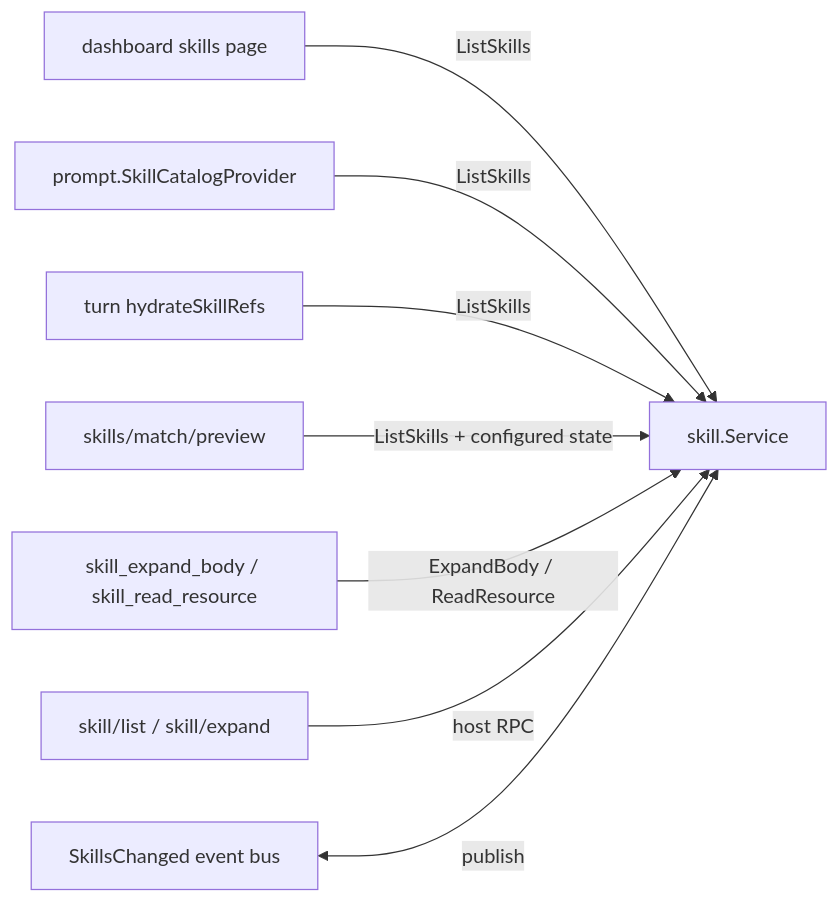
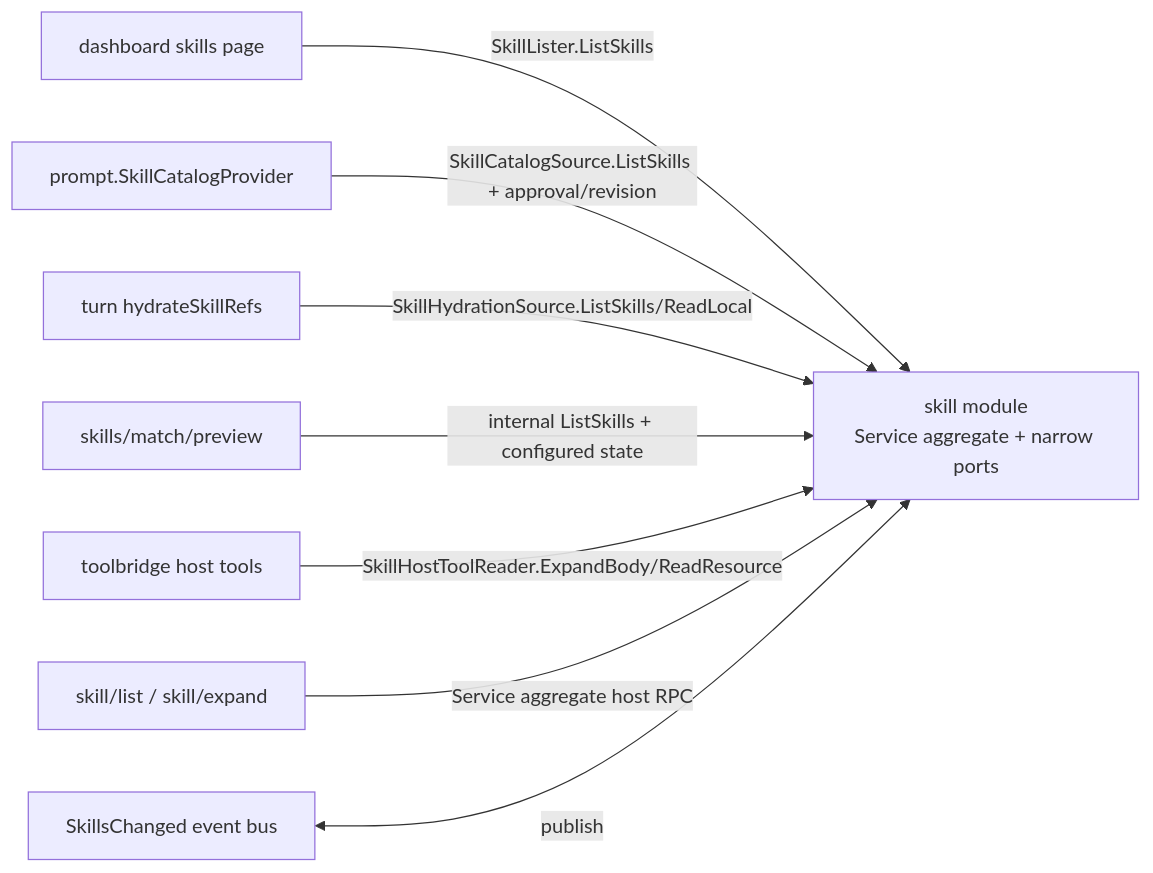
The eighth of 8 diagrams in docs/doc/codemap/07-module-read.md (lihah111222333-cloud/Super-Dolphin-Agent-Cockpit), drawn with Mermaid before and after one commit. The commit also changed other lines of this file and 14 other files, not shown here.

````diff
--- a/docs/doc/codemap/07-module-read.md
+++ b/docs/doc/codemap/07-module-read.md
@@ -410,11 +411,11 @@
 ```mermaid
 flowchart LR
-    SK[skill.Service]
-    DASH[dashboard skills page] -->|ListSkills| SK
-    PROMPT[prompt.SkillCatalogProvider] -->|ListSkills| SK
-    TURN[turn hydrateSkillRefs] -->|ListSkills| SK
-    MATCH[skills/match/preview] -->|ListSkills + configured state| SK
-    TOOLS[skill_expand_body / skill_read_resource] -->|ExpandBody / ReadResource| SK
-    HOST[skill/list / skill/expand] -->|host RPC| SK
+    SK[skill module\nService aggregate + narrow ports]
+    DASH[dashboard skills page] -->|SkillLister.ListSkills| SK
+    PROMPT[prompt.SkillCatalogProvider] -->|SkillCatalogSource.ListSkills + approval/revision| SK
+    TURN[turn hydrateSkillRefs] -->|SkillHydrationSource.ListSkills/ReadLocal| SK
+    MATCH[skills/match/preview] -->|internal ListSkills + configured state| SK
+    TOOLS[toolbridge host tools] -->|SkillHostToolReader.ExpandBody/ReadResource| SK
+    HOST[skill/list / skill/expand] -->|Service aggregate host RPC| SK
     EVENTS[SkillsChanged event bus] <-->|publish| SK
 ```
````
